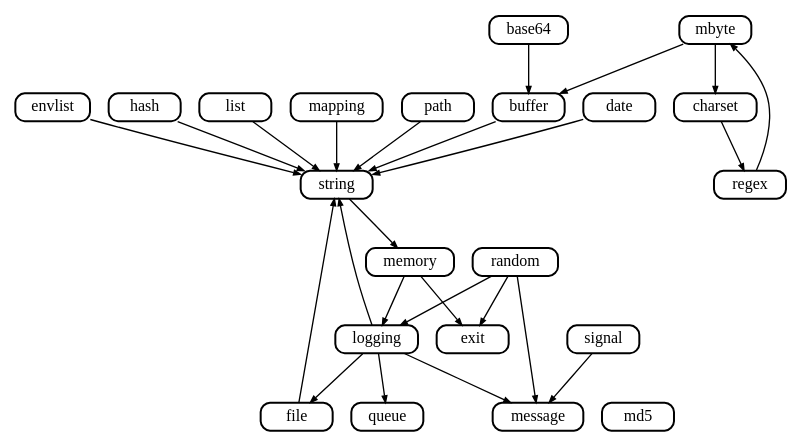
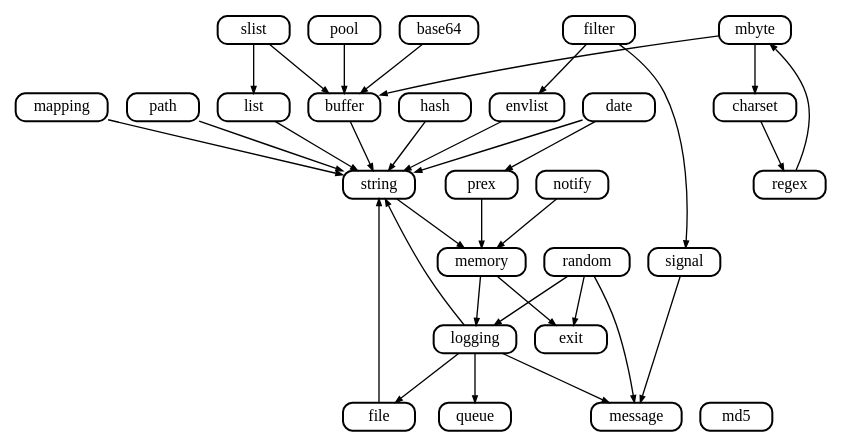
One commit to neomutt/gfx changed the diagram in arch/libmutt.gv. Above: the diagram before and after it, drawn with Graphviz. The commit also changed 1 other file, not shown here.

```diff
--- a/arch/libmutt.gv
+++ b/arch/libmutt.gv
@@ -1,49 +1,57 @@
 digraph libmutt
 {
 	graph [
 		rankdir="TB"
 		nodesep="0.2"
 		ranksep="0.5"
 	]
 
 	node [
 		shape="Mrecord"
 		fontsize="12"
 		style="solid"
 		height="0.2"
 		penwidth="1.5"
 		color=black
 	]
 
 	edge [
 		penwidth="1.0"
 		arrowsize="0.5"
 	]
 
 	base64  -> buffer
 	buffer  -> string
 	charset -> regex
+	date    -> prex
 	date    -> string
 	envlist -> string
 	file    -> string
+	filter  -> envlist
+	filter  -> signal
 	hash    -> string
 	list    -> string
 	logging -> file
 	logging -> message
 	logging -> queue
 	logging -> string
 	mapping -> string
 	mbyte   -> buffer
 	mbyte   -> charset
 	memory  -> exit
 	memory  -> logging
+	notify  -> memory
 	path    -> string
+	pool    -> buffer
+	prex    -> memory
 	random  -> exit
 	random  -> logging
 	random  -> message
 	regex   -> mbyte
 	signal  -> message
+	slist   -> buffer
+	slist   -> list
 	string  -> memory
 
 	{ rank=same file message queue md5 }
 }
```
